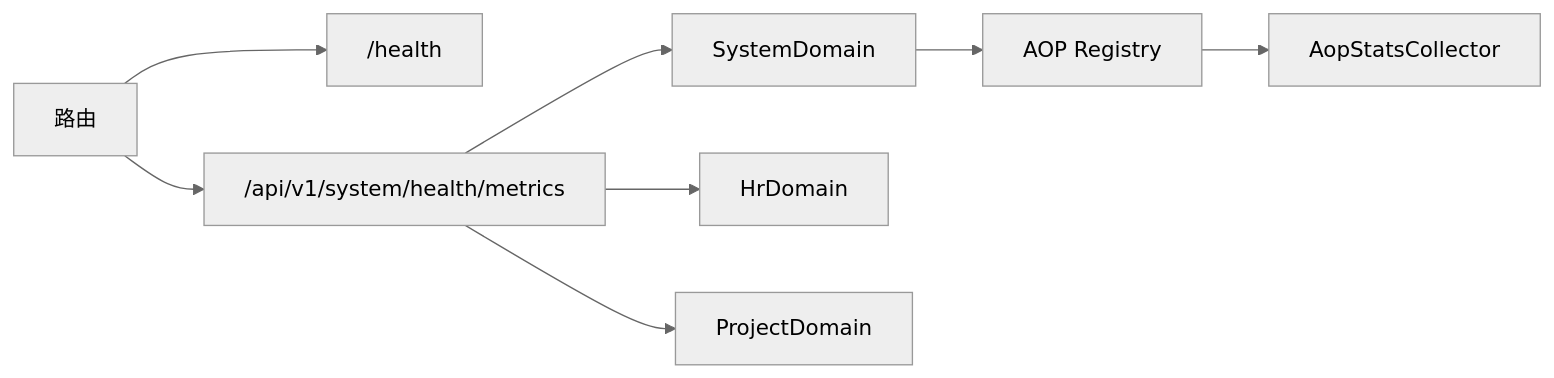
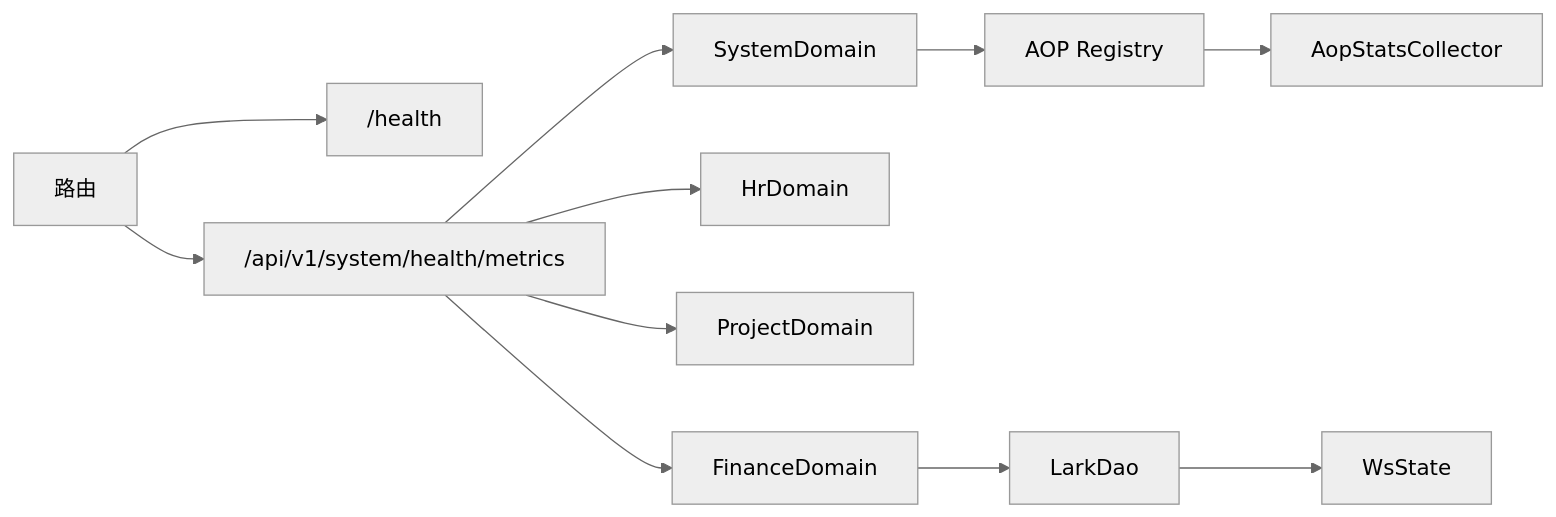
One commit to runningcoders/ai_orz changed the ninth of 9 diagrams in .qoder/repowiki/zh/content/项目概述/核心功能特性/系统管理功能/系统健康检查.md. Above: the diagram before and after it, drawn with Mermaid (neutral theme). The commit also changed other lines of this file and 10 other files, not shown here.

````diff
--- a/.qoder/repowiki/zh/content/项目概述/核心功能特性/系统管理功能/系统健康检查.md
+++ b/.qoder/repowiki/zh/content/项目概述/核心功能特性/系统管理功能/系统健康检查.md
@@ -231,10 +365,13 @@
 ```mermaid
 graph LR
 Router["路由"] --> Health["/health"]
 Router --> Metrics["/api/v1/system/health/metrics"]
 Metrics --> Sys["SystemDomain"]
 Metrics --> HR["HrDomain"]
 Metrics --> Proj["ProjectDomain"]
+Metrics --> Finance["FinanceDomain"]
 Sys --> AopReg["AOP Registry"]
 AopReg --> Stats["AopStatsCollector"]
+Finance --> LarkDAO["LarkDao"]
+LarkDAO --> WsState["WsState"]
 ```
````
